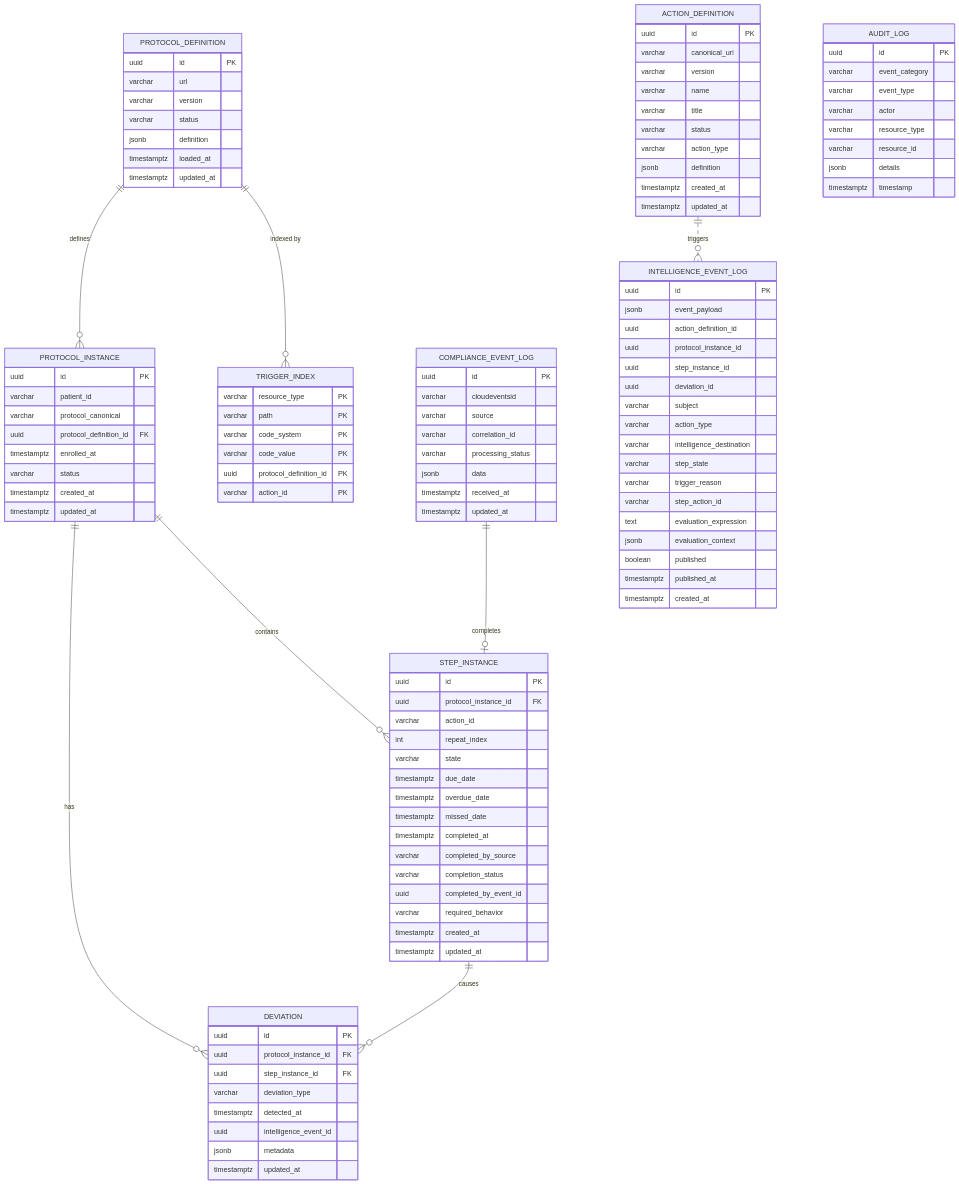
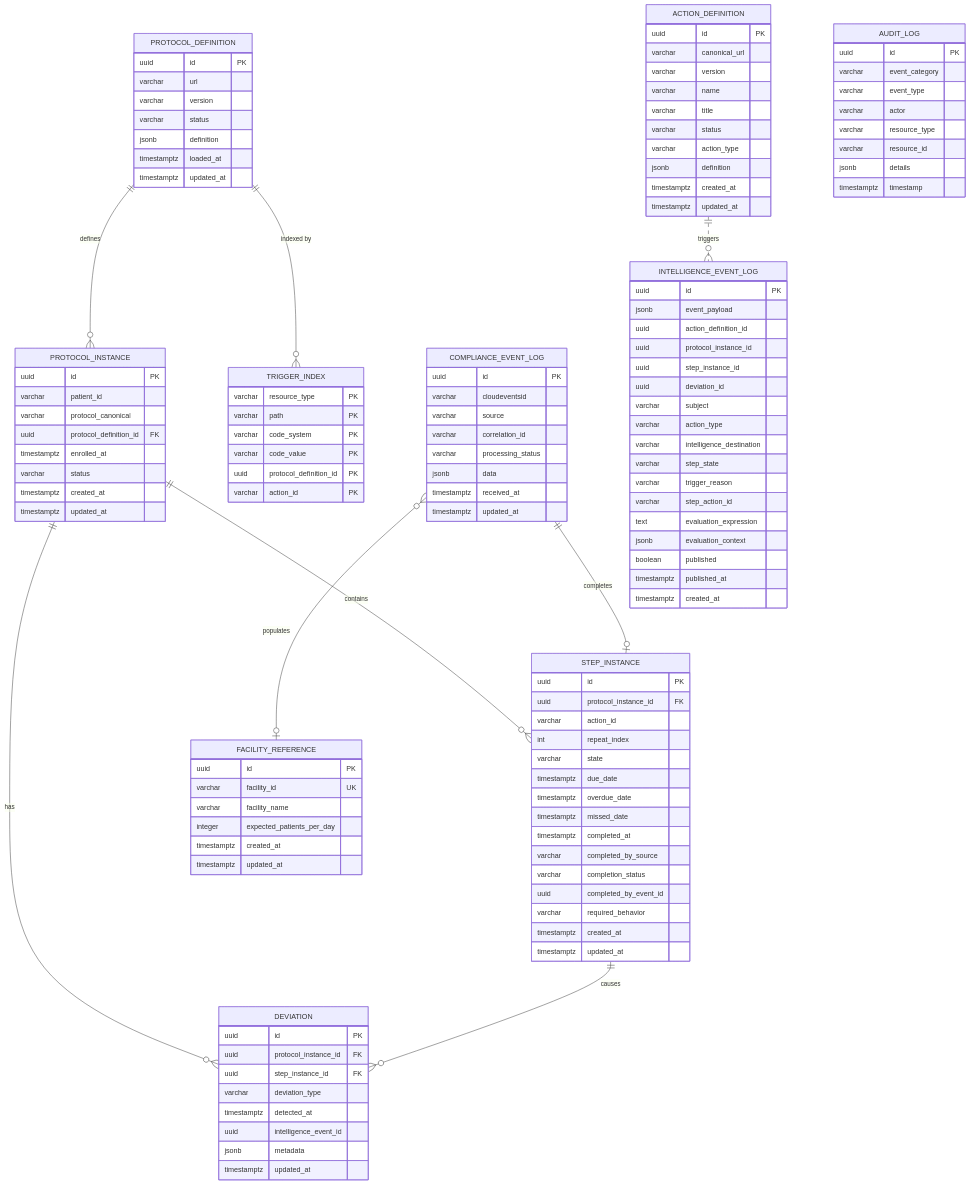
One commit to Jayaprakash8887/cce-compliance-service changed the diagram in docs/data-dictionary.md. Above: the diagram before and after it, drawn with Mermaid. The commit also changed other lines of this file and 13 other files, not shown here.

Commit message:
Refactor: Facility reference table implementation

````diff
--- a/docs/data-dictionary.md
+++ b/docs/data-dictionary.md
@@ -36,6 +37,7 @@
     STEP_INSTANCE ||--o{ DEVIATION : "causes"
     COMPLIANCE_EVENT_LOG ||--o| STEP_INSTANCE : "completes"
     ACTION_DEFINITION ||..o{ INTELLIGENCE_EVENT_LOG : "triggers"
+    COMPLIANCE_EVENT_LOG }o--o| FACILITY_REFERENCE : "populates"
 
     PROTOCOL_DEFINITION {
         uuid id PK
@@ -150,4 +152,13 @@
         timestamptz published_at
         timestamptz created_at
     }
+
+    FACILITY_REFERENCE {
+        uuid id PK
+        varchar facility_id UK
+        varchar facility_name
+        integer expected_patients_per_day
+        timestamptz created_at
+        timestamptz updated_at
+    }
 ```
````
